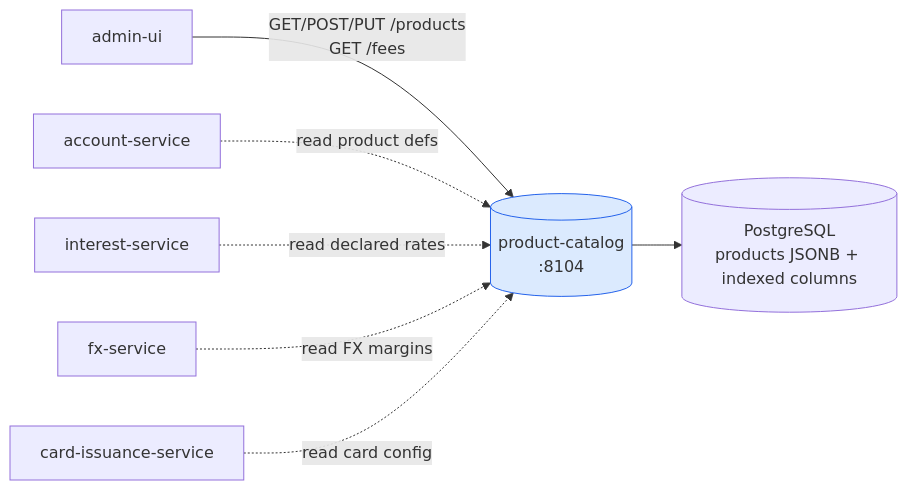
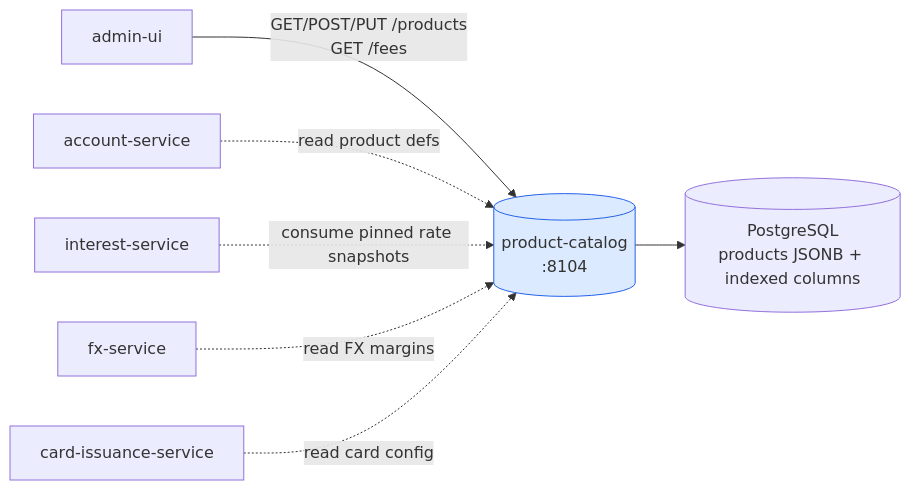
Before and after one commit to JiRaska/open-bank-oss: the first of 2 diagrams in openbank-product-catalog/src/main/resources/docs/02-architecture.en.md, drawn with Mermaid. The commit also changed other lines of this file and 4 other files, not shown here.

````diff
--- a/openbank-product-catalog/src/main/resources/docs/02-architecture.en.md
+++ b/openbank-product-catalog/src/main/resources/docs/02-architecture.en.md
@@ -5,21 +5,21 @@
 ```mermaid
 graph LR
   admin[admin-ui]
   acc[account-service]
   intr[interest-service]
   fx[fx-service]
   card[card-issuance-service]
 
   pc[(product-catalog<br/>:8104)]:::svc
   store[(PostgreSQL<br/>products JSONB + indexed columns)]
 
   admin -- "GET/POST/PUT /products<br/>GET /fees" --> pc
   acc -. "read product defs" .-> pc
-  intr -. "read declared rates" .-> pc
+  intr -. "consume pinned rate snapshots" .-> pc
   fx -. "read FX margins" .-> pc
   card -. "read card config" .-> pc
 
   pc --> store
 
   classDef svc fill:#dbeafe,stroke:#2563eb
 ```
````
